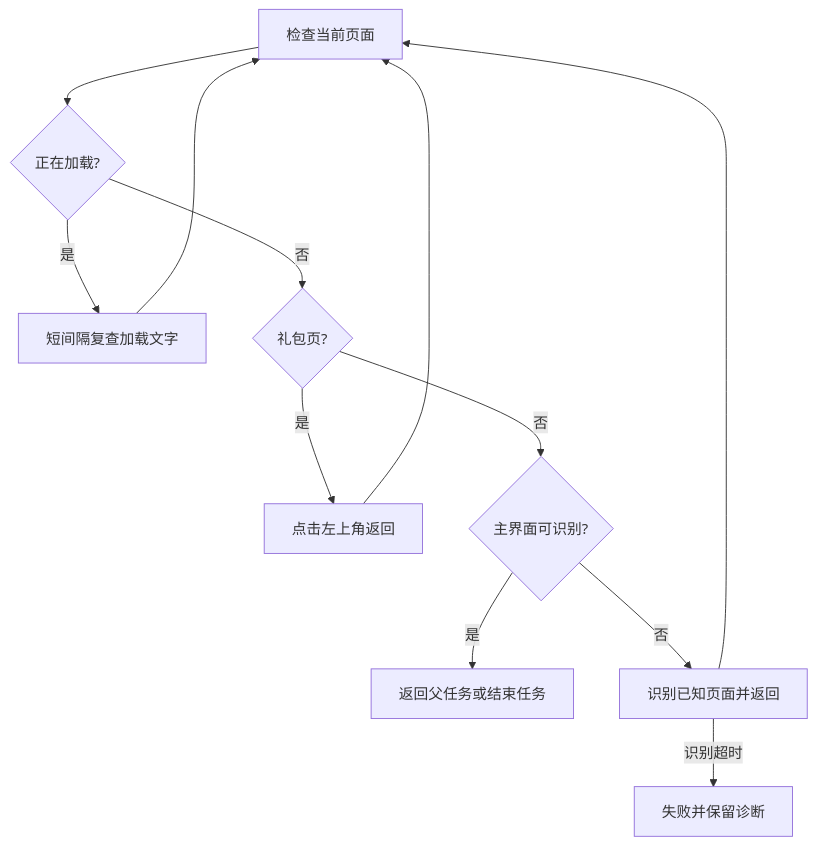
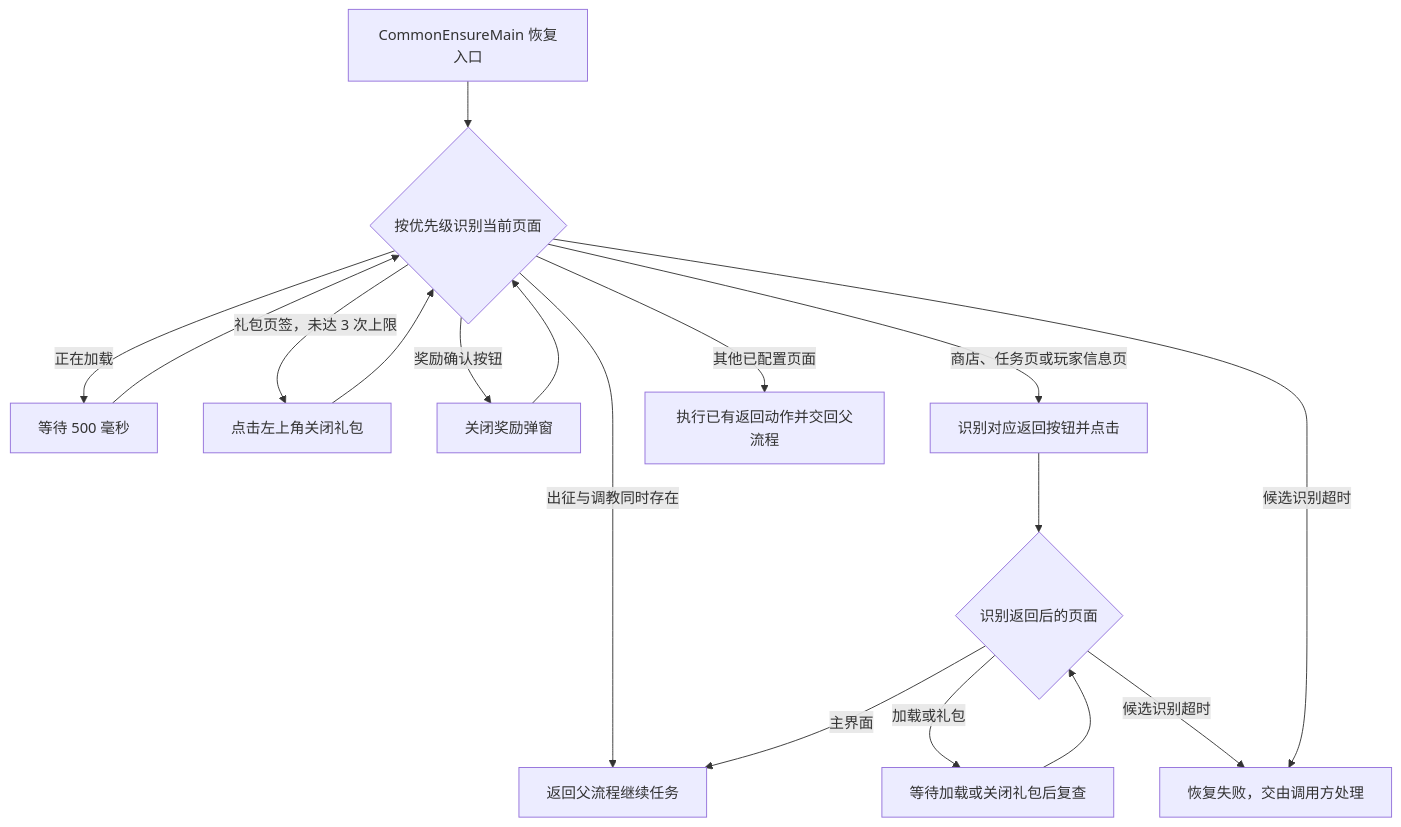
One commit to cccrx1/TKFMaa changed the first of 2 diagrams in docs/zh_cn/tasks/common_navigation.md. Above: the diagram before and after it, drawn with Mermaid. The commit also changed other lines of this file and 5 other files, not shown here.

First line of the commit message:
docs(tasks): 补齐公共恢复说明并修正流程图围栏与验证状态

````diff
--- a/docs/zh_cn/tasks/common_navigation.md
+++ b/docs/zh_cn/tasks/common_navigation.md
@@ -14,14 +16,19 @@
 ```mermaid
 flowchart TD
-    A[检查当前页面] --> B{正在加载?}
-    B -->|是| C[短间隔复查加载文字]
-    C --> A
-    B -->|否| D{礼包页?}
-    D -->|是| E[点击左上角返回]
-    E --> A
-    D -->|否| F{主界面可识别?}
-    F -->|是| G[返回父任务或结束任务]
-    F -->|否| H[识别已知页面并返回]
-    H --> A
-    H -->|识别超时| I[失败并保留诊断]
+    Start[CommonEnsureMain 恢复入口] --> Check{按优先级识别当前页面}
+    Check -->|正在加载| Wait[等待 500 毫秒]
+    Wait --> Check
+    Check -->|礼包页签，未达 3 次上限| Gift[点击左上角关闭礼包]
+    Gift --> Check
+    Check -->|奖励确认按钮| Reward[关闭奖励弹窗]
+    Reward --> Check
+    Check -->|出征与调教同时存在| Return[返回父流程继续任务]
+    Check -->|商店、任务页或玩家信息页| Back[识别对应返回按钮并点击]
+    Back --> Verify{识别返回后的页面}
+    Verify -->|加载或礼包| Handle[等待加载或关闭礼包后复查]
+    Handle --> Verify
+    Verify -->|主界面| Return
+    Verify -->|候选识别超时| Fail[恢复失败，交由调用方处理]
+    Check -->|其他已配置页面| Legacy[执行已有返回动作并交回父流程]
+    Check -->|候选识别超时| Fail
 ```
````
